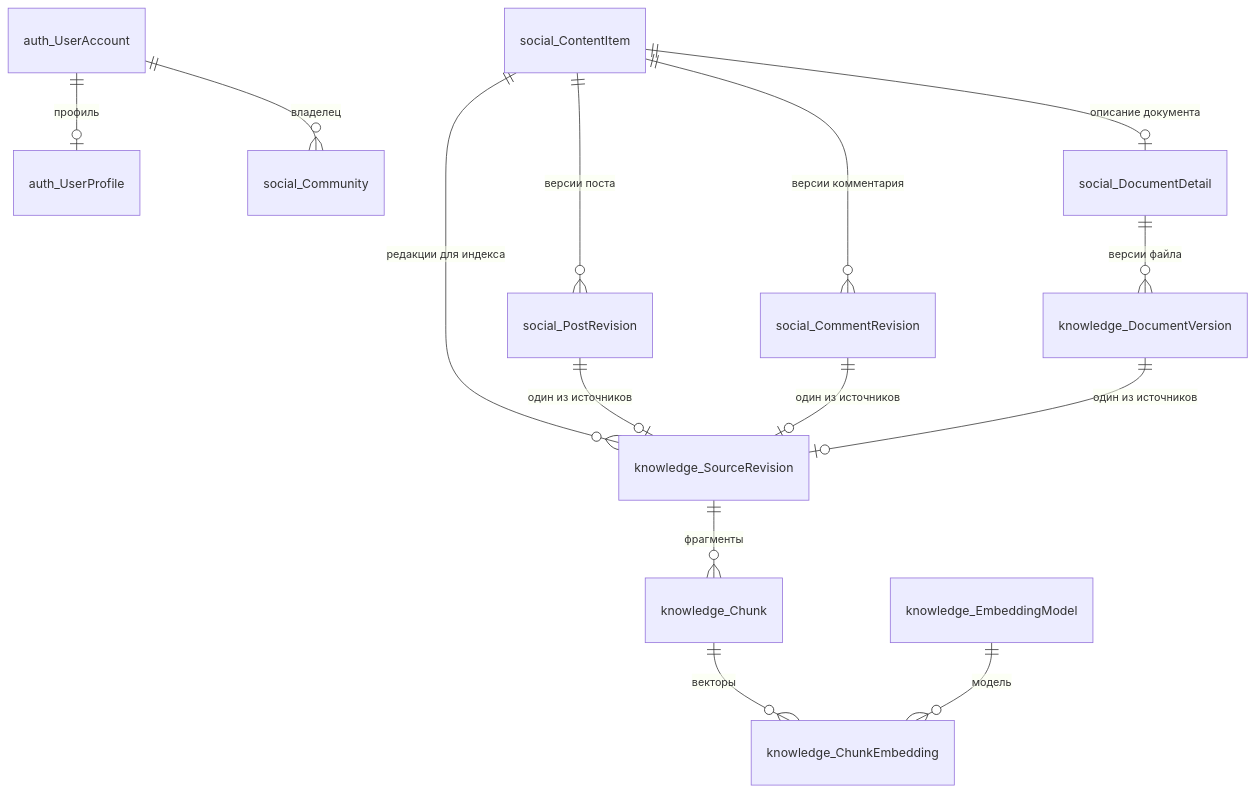
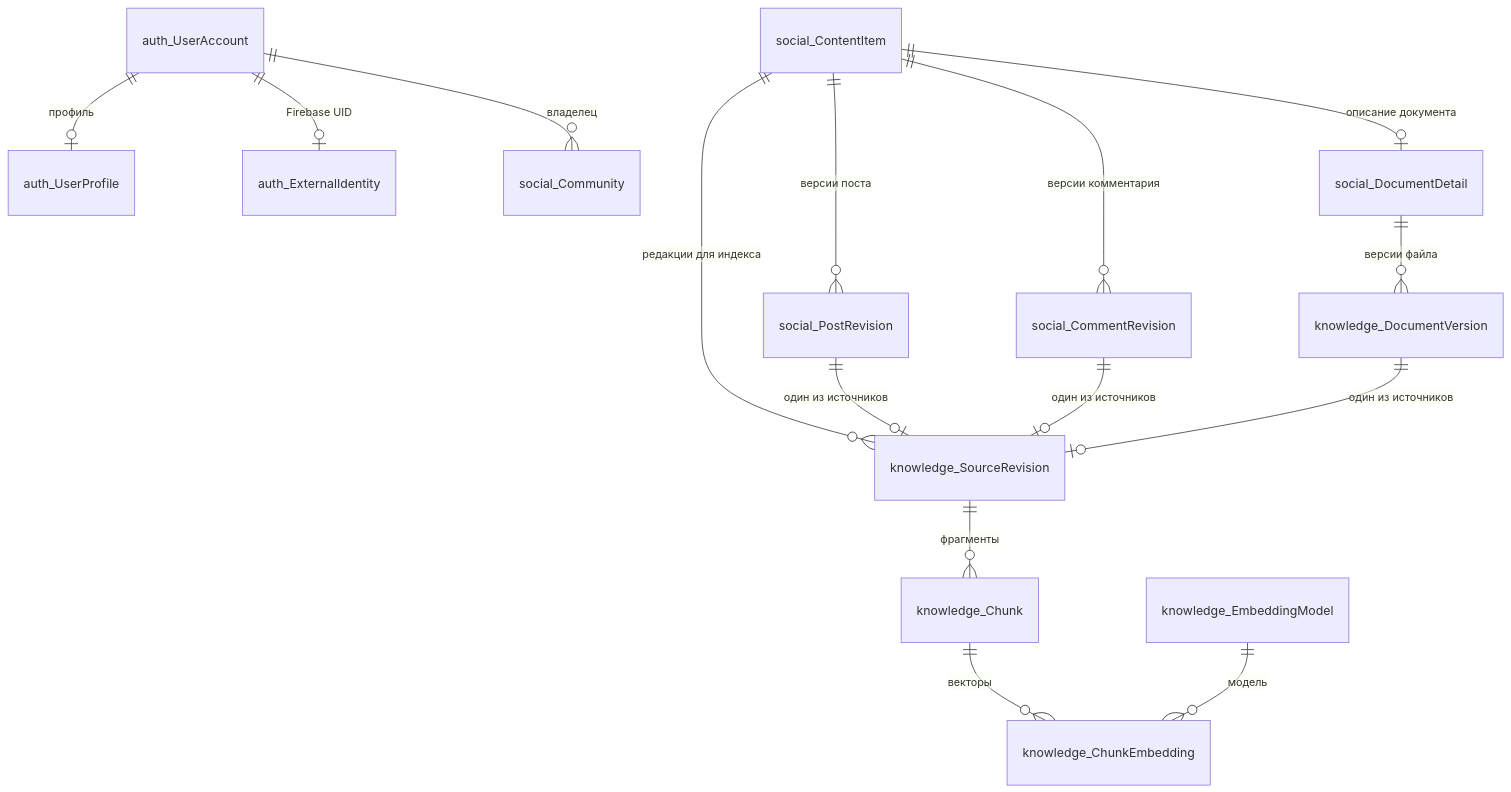
Before and after one commit to lkeey/BIVT-labs: the second of 3 diagrams in 03SQL-CourseWork/docs/data-model.md, drawn with Mermaid. The commit also changed other lines of this file and 48 other files, not shown here.

````diff
--- a/03SQL-CourseWork/docs/data-model.md
+++ b/03SQL-CourseWork/docs/data-model.md
@@ -57,16 +57,17 @@
 ```mermaid
 erDiagram
     auth_UserAccount ||--o| auth_UserProfile : "профиль"
+    auth_UserAccount ||--o| auth_ExternalIdentity : "Firebase UID"
     auth_UserAccount ||--o{ social_Community : "владелец"
     social_ContentItem ||--o{ social_PostRevision : "версии поста"
     social_ContentItem ||--o{ social_CommentRevision : "версии комментария"
     social_ContentItem ||--o| social_DocumentDetail : "описание документа"
     social_DocumentDetail ||--o{ knowledge_DocumentVersion : "версии файла"
     social_ContentItem ||--o{ knowledge_SourceRevision : "редакции для индекса"
     social_PostRevision ||--o| knowledge_SourceRevision : "один из источников"
     social_CommentRevision ||--o| knowledge_SourceRevision : "один из источников"
     knowledge_DocumentVersion ||--o| knowledge_SourceRevision : "один из источников"
     knowledge_SourceRevision ||--o{ knowledge_Chunk : "фрагменты"
     knowledge_Chunk ||--o{ knowledge_ChunkEmbedding : "векторы"
     knowledge_EmbeddingModel ||--o{ knowledge_ChunkEmbedding : "модель"
 ```
````
